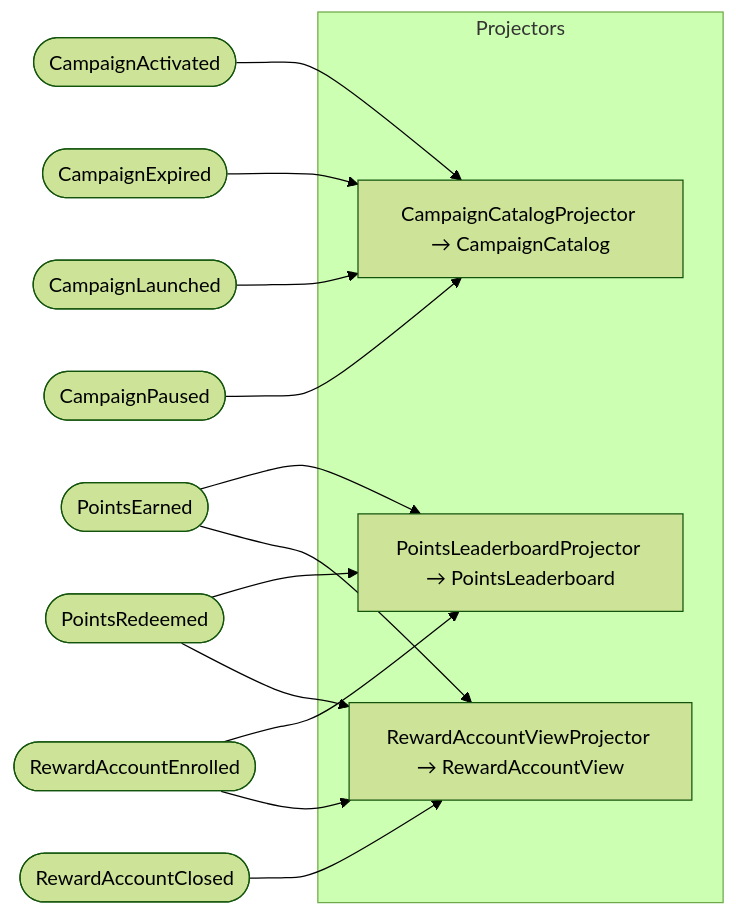
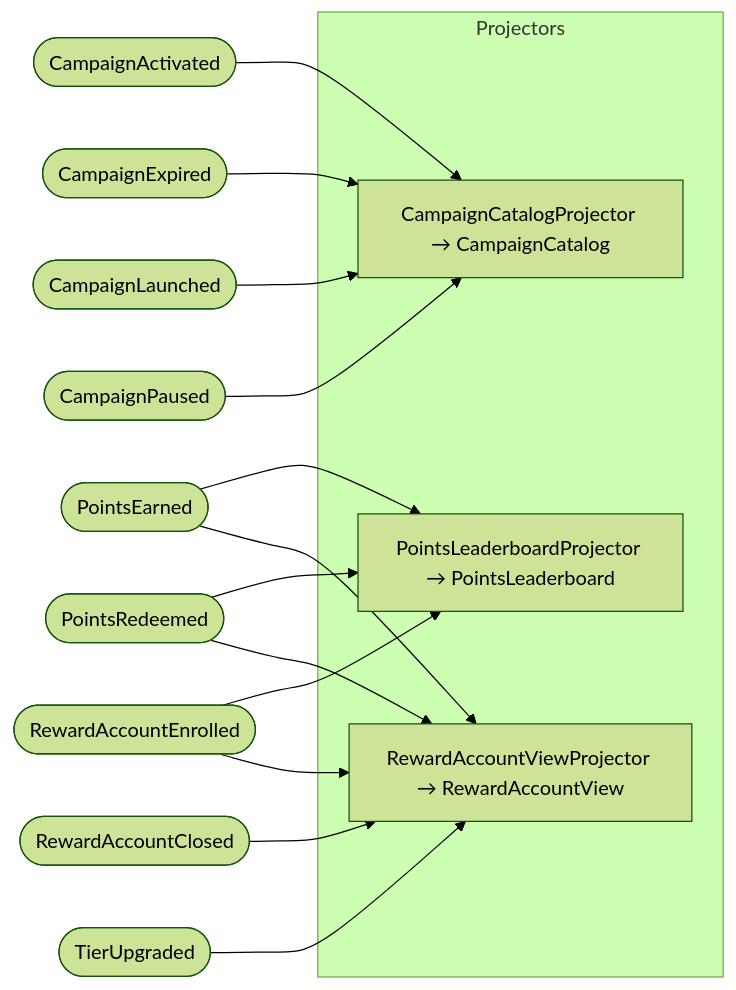
Before and after one commit to proteanhq/shopstream: the fourth of 4 diagrams in docs/loyalty/event-flows.md, drawn with Mermaid (forest theme). The commit also changed other lines of this file and 31 other files, not shown here.

````diff
--- a/docs/loyalty/event-flows.md
+++ b/docs/loyalty/event-flows.md
@@ -68,27 +70,29 @@
 ```mermaid
 flowchart LR
     evt_loyalty_campaign_events_CampaignActivated([CampaignActivated])
     evt_loyalty_campaign_events_CampaignExpired([CampaignExpired])
     evt_loyalty_campaign_events_CampaignLaunched([CampaignLaunched])
     evt_loyalty_campaign_events_CampaignPaused([CampaignPaused])
     evt_loyalty_reward_events_PointsEarned([PointsEarned])
     evt_loyalty_reward_events_PointsRedeemed([PointsRedeemed])
     evt_loyalty_reward_events_RewardAccountClosed([RewardAccountClosed])
     evt_loyalty_reward_events_RewardAccountEnrolled([RewardAccountEnrolled])
+    evt_loyalty_reward_events_TierUpgraded([TierUpgraded])
     subgraph projectors["Projectors"]
         proj_loyalty_projections_campaign_catalog_CampaignCatalogProjector[CampaignCatalogProjector → CampaignCatalog]
         proj_loyalty_projections_points_leaderboard_PointsLeaderboardProjector[PointsLeaderboardProjector → PointsLeaderboard]
         proj_loyalty_projections_reward_account_view_RewardAccountViewProjector[RewardAccountViewProjector → RewardAccountView]
     end
     evt_loyalty_campaign_events_CampaignActivated --> proj_loyalty_projections_campaign_catalog_CampaignCatalogProjector
     evt_loyalty_campaign_events_CampaignExpired --> proj_loyalty_projections_campaign_catalog_CampaignCatalogProjector
     evt_loyalty_campaign_events_CampaignLaunched --> proj_loyalty_projections_campaign_catalog_CampaignCatalogProjector
     evt_loyalty_campaign_events_CampaignPaused --> proj_loyalty_projections_campaign_catalog_CampaignCatalogProjector
     evt_loyalty_reward_events_PointsEarned --> proj_loyalty_projections_points_leaderboard_PointsLeaderboardProjector
     evt_loyalty_reward_events_PointsRedeemed --> proj_loyalty_projections_points_leaderboard_PointsLeaderboardProjector
     evt_loyalty_reward_events_RewardAccountEnrolled --> proj_loyalty_projections_points_leaderboard_PointsLeaderboardProjector
     evt_loyalty_reward_events_PointsEarned --> proj_loyalty_projections_reward_account_view_RewardAccountViewProjector
     evt_loyalty_reward_events_PointsRedeemed --> proj_loyalty_projections_reward_account_view_RewardAccountViewProjector
     evt_loyalty_reward_events_RewardAccountClosed --> proj_loyalty_projections_reward_account_view_RewardAccountViewProjector
     evt_loyalty_reward_events_RewardAccountEnrolled --> proj_loyalty_projections_reward_account_view_RewardAccountViewProjector
+    evt_loyalty_reward_events_TierUpgraded --> proj_loyalty_projections_reward_account_view_RewardAccountViewProjector
 ```
````
